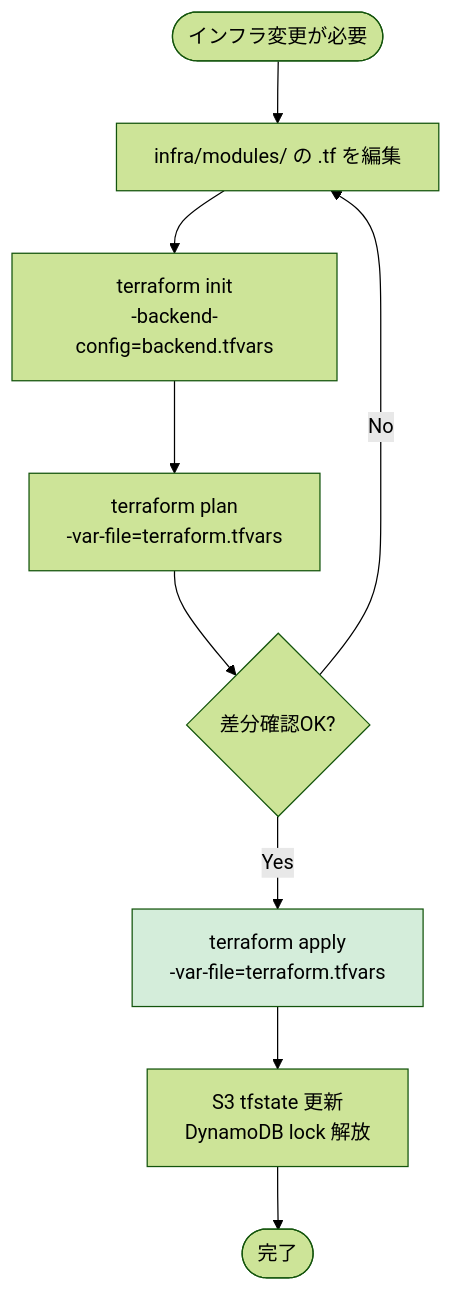
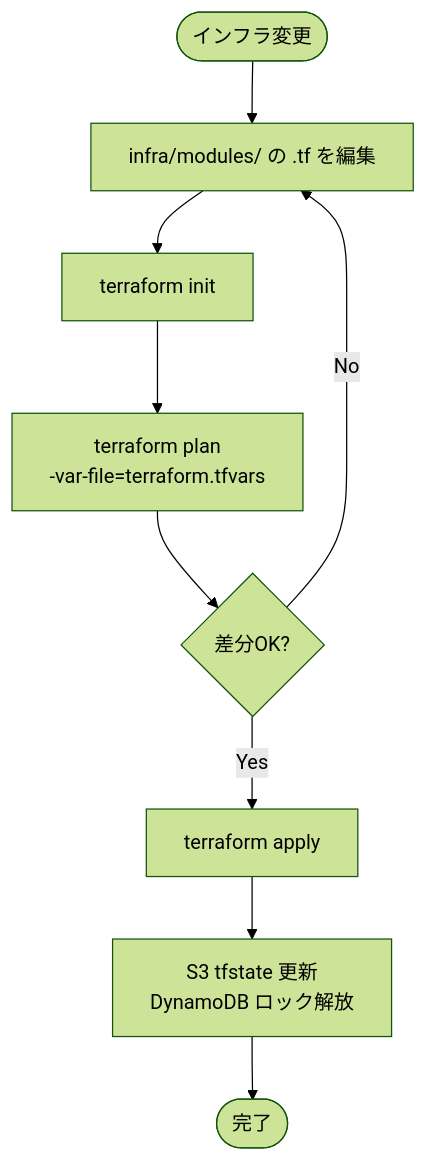
The third of 6 diagrams in docs/05_operations_architecture.md (nabeo-git/investment), drawn with Mermaid (forest theme) before and after one commit. The commit also changed other lines of this file, not shown here.

First line of the commit message:
docs: Mermaid図を縦長レイアウトに修正（横並び最大5ボックス）

````diff
--- a/docs/05_operations_architecture.md
+++ b/docs/05_operations_architecture.md
@@ -127,13 +91,11 @@
 ```mermaid
 flowchart TD
-    A([インフラ変更が必要]) --> B["infra/modules/ の .tf を編集"]
-    B --> C["terraform init\n-backend-config=backend.tfvars"]
+    A([インフラ変更]) --> B["infra/modules/ の .tf を編集"]
+    B --> C["terraform init"]
     C --> D["terraform plan\n-var-file=terraform.tfvars"]
-    D --> E{差分確認OK?}
+    D --> E{差分OK?}
     E -->|No| B
-    E -->|Yes| F["terraform apply\n-var-file=terraform.tfvars"]
-    F --> G["S3 tfstate 更新\nDynamoDB lock 解放"]
+    E -->|Yes| F["terraform apply"]
+    F --> G["S3 tfstate 更新\nDynamoDB ロック解放"]
     G --> H([完了])
-
-    style F fill:#d4edda
 ```
````
